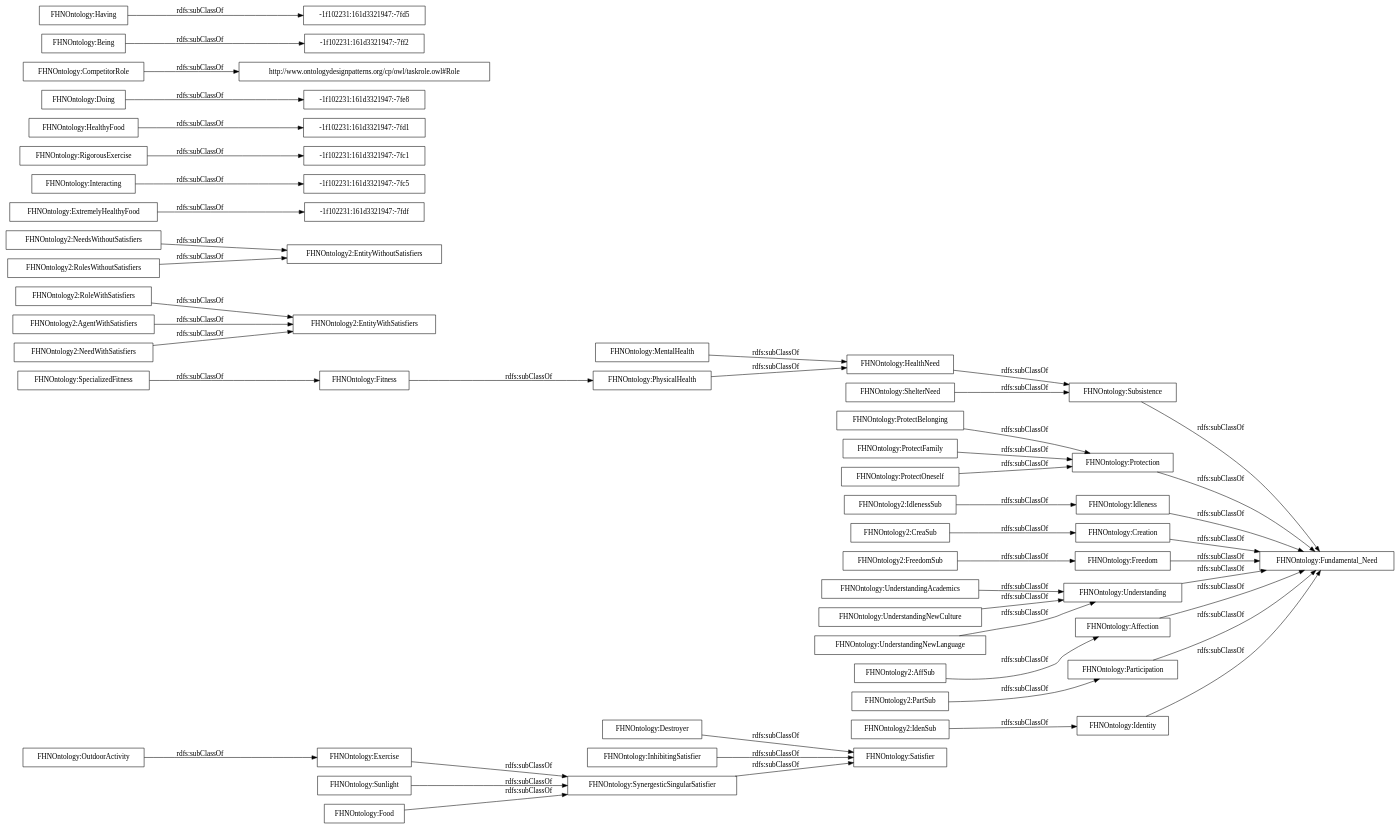
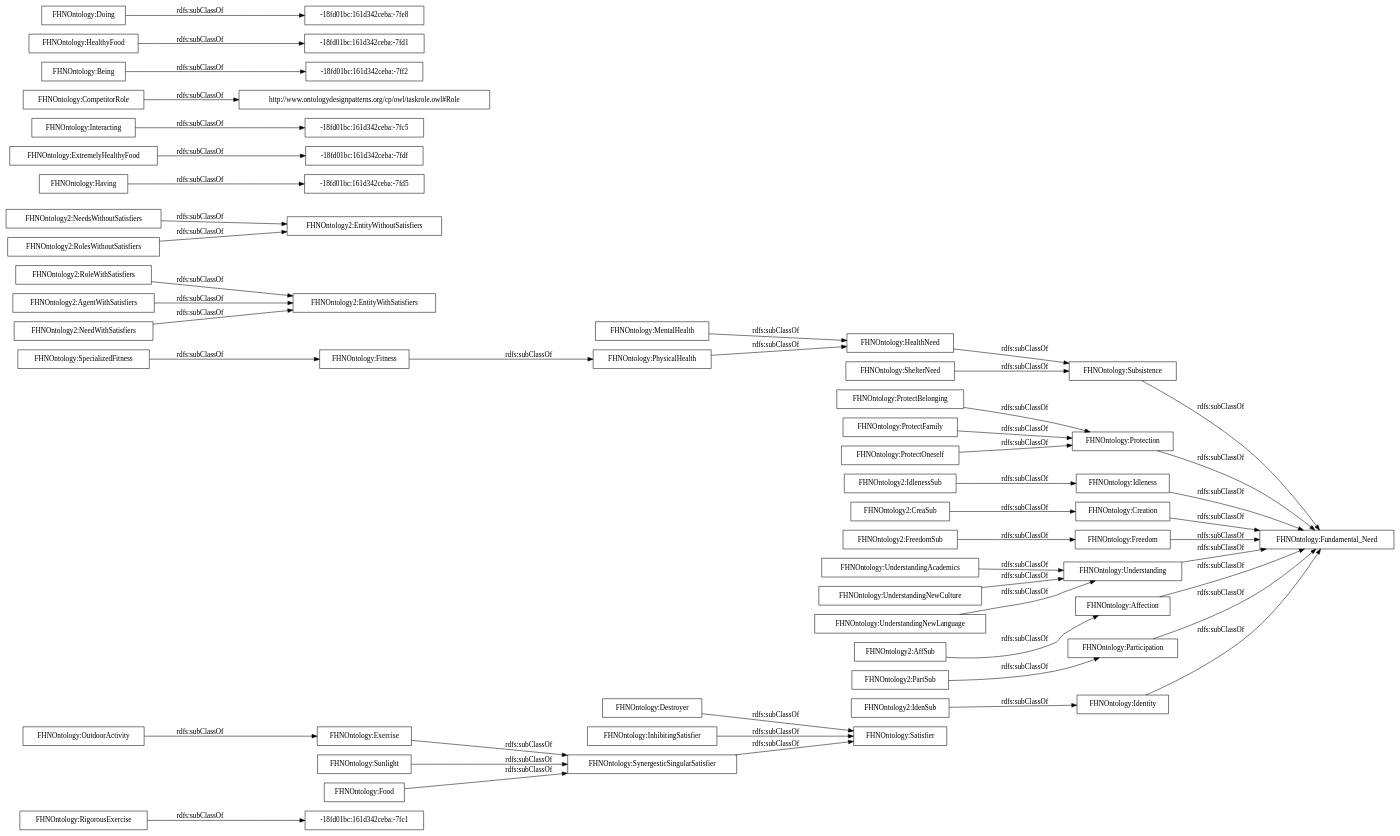
The diagram in OnToology/FHNOntology.owl/diagrams/ar2dtool-taxonomy/FHNOntology.owl.png.dot (OnToologyUser/Propsed-Ontology), drawn with Graphviz before and after one commit. The commit also changed 61 other files, not shown here.

```diff
--- a/OnToology/FHNOntology.owl/diagrams/ar2dtool-taxonomy/FHNOntology.owl.png.dot
+++ b/OnToology/FHNOntology.owl/diagrams/ar2dtool-taxonomy/FHNOntology.owl.png.dot
@@ -1,53 +1,53 @@
 digraph ar2dtool_diagram { 
 rankdir=LR;
 size="1000"
-node [shape = rectangle, color="black"]; "FHNOntology:SynergesticSingularSatisfier" "FHNOntology:Identity" "FHNOntology2:EntityWithSatisfiers" "FHNOntology2:FreedomSub" "FHNOntology2:NeedsWithoutSatisfiers" "-1f102231:161d3321947:-7fdf" "FHNOntology:Exercise" "FHNOntology:ProtectBelonging" "FHNOntology:ProtectFamily" "-1f102231:161d3321947:-7fc5" "FHNOntology:Destroyer" "FHNOntology2:IdenSub" "FHNOntology:Subsistence" "FHNOntology:OutdoorActivity" "FHNOntology2:RolesWithoutSatisfiers" "FHNOntology2:CreaSub" "FHNOntology:RigorousExercise" "FHNOntology2:PartSub" "FHNOntology2:RoleWithSatisfiers" "FHNOntology:Fitness" "FHNOntology:Protection" "-1f102231:161d3321947:-7fd1" "FHNOntology:Fundamental_Need" "FHNOntology:SpecializedFitness" "-1f102231:161d3321947:-7fe8" "FHNOntology2:EntityWithoutSatisfiers" "FHNOntology2:IdlenessSub" "http://www.ontologydesignpatterns.org/cp/owl/taskrole.owl#Role" "FHNOntology:UnderstandingAcademics" "FHNOntology:InhibitingSatisfier" "FHNOntology:Idleness" "FHNOntology:Creation" "-1f102231:161d3321947:-7ff2" "FHNOntology:Being" "FHNOntology:Freedom" "FHNOntology:UnderstandingNewCulture" "FHNOntology:MentalHealth" "FHNOntology:Understanding" "FHNOntology:HealthyFood" "FHNOntology:Affection" "-1f102231:161d3321947:-7fd5" "FHNOntology:Satisfier" "FHNOntology2:AgentWithSatisfiers" "FHNOntology:UnderstandingNewLanguage" "FHNOntology:HealthNeed" "FHNOntology2:NeedWithSatisfiers" "FHNOntology:PhysicalHealth" "-1f102231:161d3321947:-7fc1" "FHNOntology:Doing" "FHNOntology:Interacting" "FHNOntology2:AffSub" "FHNOntology:ShelterNeed" "FHNOntology:CompetitorRole" "FHNOntology:Having" "FHNOntology:ProtectOneself" "FHNOntology:Sunlight" "FHNOntology:Food" "FHNOntology:Participation" "FHNOntology:ExtremelyHealthyFood" ; /*classes style*/
-	"FHNOntology:Interacting" -> "-1f102231:161d3321947:-7fc5" [ label = "rdfs:subClassOf" ];
+node [shape = rectangle, color="black"]; "-18fd01bc:161d342ceba:-7fc1" "FHNOntology:SynergesticSingularSatisfier" "FHNOntology:Identity" "FHNOntology2:EntityWithSatisfiers" "FHNOntology2:FreedomSub" "FHNOntology2:NeedsWithoutSatisfiers" "FHNOntology:Exercise" "FHNOntology:ProtectBelonging" "-18fd01bc:161d342ceba:-7fd5" "FHNOntology:ProtectFamily" "FHNOntology:Destroyer" "FHNOntology2:IdenSub" "FHNOntology:Subsistence" "FHNOntology:OutdoorActivity" "FHNOntology2:RolesWithoutSatisfiers" "FHNOntology2:CreaSub" "FHNOntology:RigorousExercise" "FHNOntology2:PartSub" "FHNOntology2:RoleWithSatisfiers" "-18fd01bc:161d342ceba:-7fdf" "FHNOntology:Fitness" "FHNOntology:Protection" "-18fd01bc:161d342ceba:-7fc5" "FHNOntology:Fundamental_Need" "FHNOntology:SpecializedFitness" "FHNOntology2:EntityWithoutSatisfiers" "FHNOntology2:IdlenessSub" "http://www.ontologydesignpatterns.org/cp/owl/taskrole.owl#Role" "FHNOntology:UnderstandingAcademics" "FHNOntology:InhibitingSatisfier" "FHNOntology:Idleness" "FHNOntology:Creation" "FHNOntology:Being" "FHNOntology:Freedom" "FHNOntology:UnderstandingNewCulture" "FHNOntology:MentalHealth" "FHNOntology:Understanding" "-18fd01bc:161d342ceba:-7ff2" "FHNOntology:HealthyFood" "FHNOntology:Affection" "FHNOntology:Satisfier" "FHNOntology2:AgentWithSatisfiers" "FHNOntology:UnderstandingNewLanguage" "FHNOntology:HealthNeed" "-18fd01bc:161d342ceba:-7fe8" "FHNOntology2:NeedWithSatisfiers" "FHNOntology:PhysicalHealth" "-18fd01bc:161d342ceba:-7fd1" "FHNOntology:Doing" "FHNOntology:Interacting" "FHNOntology2:AffSub" "FHNOntology:ShelterNeed" "FHNOntology:CompetitorRole" "FHNOntology:Having" "FHNOntology:ProtectOneself" "FHNOntology:Sunlight" "FHNOntology:Food" "FHNOntology:Participation" "FHNOntology:ExtremelyHealthyFood" ; /*classes style*/
+	"FHNOntology:Interacting" -> "-18fd01bc:161d342ceba:-7fc5" [ label = "rdfs:subClassOf" ];
 	"FHNOntology:UnderstandingNewCulture" -> "FHNOntology:Understanding" [ label = "rdfs:subClassOf" ];
 	"FHNOntology:PhysicalHealth" -> "FHNOntology:HealthNeed" [ label = "rdfs:subClassOf" ];
 	"FHNOntology:Creation" -> "FHNOntology:Fundamental_Need" [ label = "rdfs:subClassOf" ];
 	"FHNOntology:Exercise" -> "FHNOntology:SynergesticSingularSatisfier" [ label = "rdfs:subClassOf" ];
 	"FHNOntology:Food" -> "FHNOntology:SynergesticSingularSatisfier" [ label = "rdfs:subClassOf" ];
 	"FHNOntology:Affection" -> "FHNOntology:Fundamental_Need" [ label = "rdfs:subClassOf" ];
 	"FHNOntology:Identity" -> "FHNOntology:Fundamental_Need" [ label = "rdfs:subClassOf" ];
 	"FHNOntology:UnderstandingAcademics" -> "FHNOntology:Understanding" [ label = "rdfs:subClassOf" ];
 	"FHNOntology2:FreedomSub" -> "FHNOntology:Freedom" [ label = "rdfs:subClassOf" ];
 	"FHNOntology2:RolesWithoutSatisfiers" -> "FHNOntology2:EntityWithoutSatisfiers" [ label = "rdfs:subClassOf" ];
 	"FHNOntology:InhibitingSatisfier" -> "FHNOntology:Satisfier" [ label = "rdfs:subClassOf" ];
-	"FHNOntology:Being" -> "-1f102231:161d3321947:-7ff2" [ label = "rdfs:subClassOf" ];
+	"FHNOntology:Being" -> "-18fd01bc:161d342ceba:-7ff2" [ label = "rdfs:subClassOf" ];
 	"FHNOntology2:NeedWithSatisfiers" -> "FHNOntology2:EntityWithSatisfiers" [ label = "rdfs:subClassOf" ];
 	"FHNOntology:Subsistence" -> "FHNOntology:Fundamental_Need" [ label = "rdfs:subClassOf" ];
 	"FHNOntology:Participation" -> "FHNOntology:Fundamental_Need" [ label = "rdfs:subClassOf" ];
-	"FHNOntology:Doing" -> "-1f102231:161d3321947:-7fe8" [ label = "rdfs:subClassOf" ];
+	"FHNOntology:Doing" -> "-18fd01bc:161d342ceba:-7fe8" [ label = "rdfs:subClassOf" ];
 	"FHNOntology:SpecializedFitness" -> "FHNOntology:Fitness" [ label = "rdfs:subClassOf" ];
 	"FHNOntology:ShelterNeed" -> "FHNOntology:Subsistence" [ label = "rdfs:subClassOf" ];
 	"FHNOntology:Understanding" -> "FHNOntology:Fundamental_Need" [ label = "rdfs:subClassOf" ];
 	"FHNOntology:Fitness" -> "FHNOntology:PhysicalHealth" [ label = "rdfs:subClassOf" ];
 	"FHNOntology:UnderstandingNewLanguage" -> "FHNOntology:Understanding" [ label = "rdfs:subClassOf" ];
 	"FHNOntology:Destroyer" -> "FHNOntology:Satisfier" [ label = "rdfs:subClassOf" ];
 	"FHNOntology2:RoleWithSatisfiers" -> "FHNOntology2:EntityWithSatisfiers" [ label = "rdfs:subClassOf" ];
 	"FHNOntology:CompetitorRole" -> "http://www.ontologydesignpatterns.org/cp/owl/taskrole.owl#Role" [ label = "rdfs:subClassOf" ];
 	"FHNOntology:ProtectFamily" -> "FHNOntology:Protection" [ label = "rdfs:subClassOf" ];
 	"FHNOntology:MentalHealth" -> "FHNOntology:HealthNeed" [ label = "rdfs:subClassOf" ];
 	"FHNOntology2:AgentWithSatisfiers" -> "FHNOntology2:EntityWithSatisfiers" [ label = "rdfs:subClassOf" ];
 	"FHNOntology2:PartSub" -> "FHNOntology:Participation" [ label = "rdfs:subClassOf" ];
 	"FHNOntology2:NeedsWithoutSatisfiers" -> "FHNOntology2:EntityWithoutSatisfiers" [ label = "rdfs:subClassOf" ];
 	"FHNOntology:Protection" -> "FHNOntology:Fundamental_Need" [ label = "rdfs:subClassOf" ];
 	"FHNOntology2:IdlenessSub" -> "FHNOntology:Idleness" [ label = "rdfs:subClassOf" ];
 	"FHNOntology:ProtectOneself" -> "FHNOntology:Protection" [ label = "rdfs:subClassOf" ];
 	"FHNOntology2:IdenSub" -> "FHNOntology:Identity" [ label = "rdfs:subClassOf" ];
 	"FHNOntology2:AffSub" -> "FHNOntology:Affection" [ label = "rdfs:subClassOf" ];
 	"FHNOntology:SynergesticSingularSatisfier" -> "FHNOntology:Satisfier" [ label = "rdfs:subClassOf" ];
 	"FHNOntology:OutdoorActivity" -> "FHNOntology:Exercise" [ label = "rdfs:subClassOf" ];
 	"FHNOntology:Freedom" -> "FHNOntology:Fundamental_Need" [ label = "rdfs:subClassOf" ];
 	"FHNOntology:HealthNeed" -> "FHNOntology:Subsistence" [ label = "rdfs:subClassOf" ];
 	"FHNOntology2:CreaSub" -> "FHNOntology:Creation" [ label = "rdfs:subClassOf" ];
-	"FHNOntology:RigorousExercise" -> "-1f102231:161d3321947:-7fc1" [ label = "rdfs:subClassOf" ];
-	"FHNOntology:ExtremelyHealthyFood" -> "-1f102231:161d3321947:-7fdf" [ label = "rdfs:subClassOf" ];
-	"FHNOntology:Having" -> "-1f102231:161d3321947:-7fd5" [ label = "rdfs:subClassOf" ];
+	"FHNOntology:RigorousExercise" -> "-18fd01bc:161d342ceba:-7fc1" [ label = "rdfs:subClassOf" ];
+	"FHNOntology:ExtremelyHealthyFood" -> "-18fd01bc:161d342ceba:-7fdf" [ label = "rdfs:subClassOf" ];
+	"FHNOntology:Having" -> "-18fd01bc:161d342ceba:-7fd5" [ label = "rdfs:subClassOf" ];
 	"FHNOntology:Idleness" -> "FHNOntology:Fundamental_Need" [ label = "rdfs:subClassOf" ];
 	"FHNOntology:ProtectBelonging" -> "FHNOntology:Protection" [ label = "rdfs:subClassOf" ];
 	"FHNOntology:Sunlight" -> "FHNOntology:SynergesticSingularSatisfier" [ label = "rdfs:subClassOf" ];
-	"FHNOntology:HealthyFood" -> "-1f102231:161d3321947:-7fd1" [ label = "rdfs:subClassOf" ];
+	"FHNOntology:HealthyFood" -> "-18fd01bc:161d342ceba:-7fd1" [ label = "rdfs:subClassOf" ];
 
 }
```
